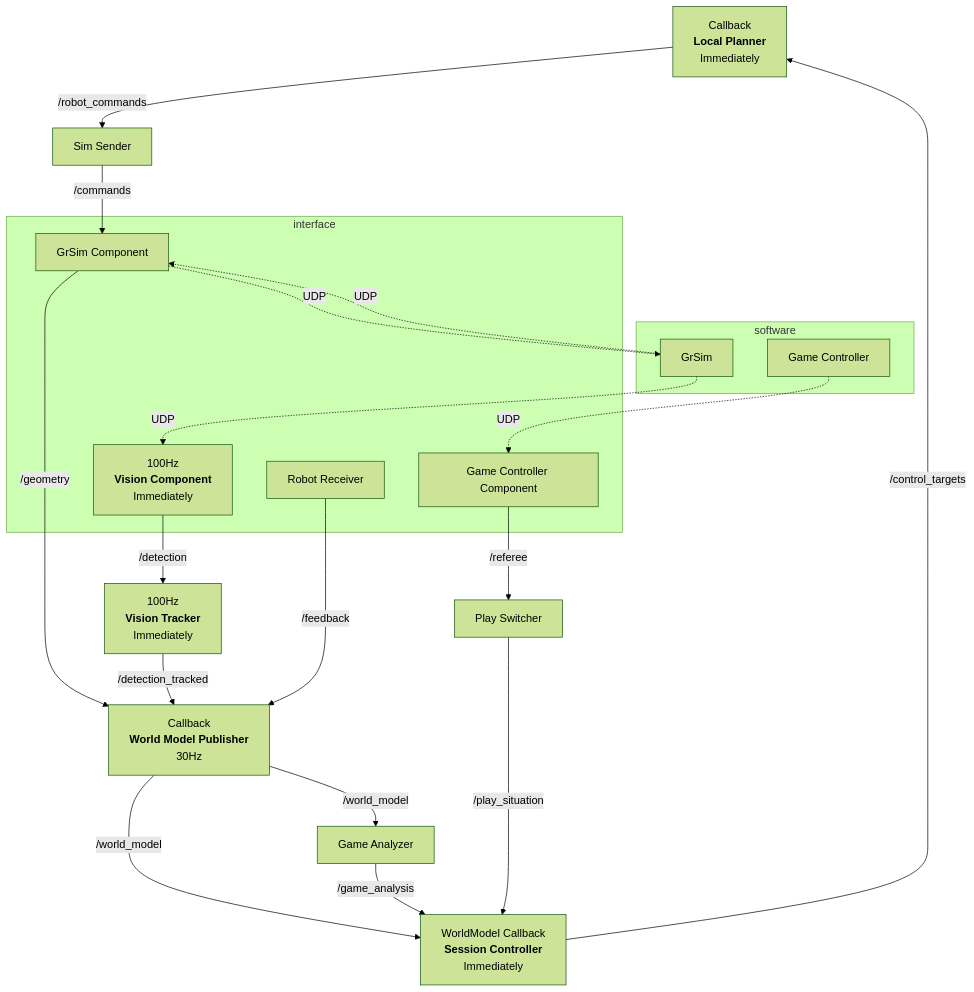
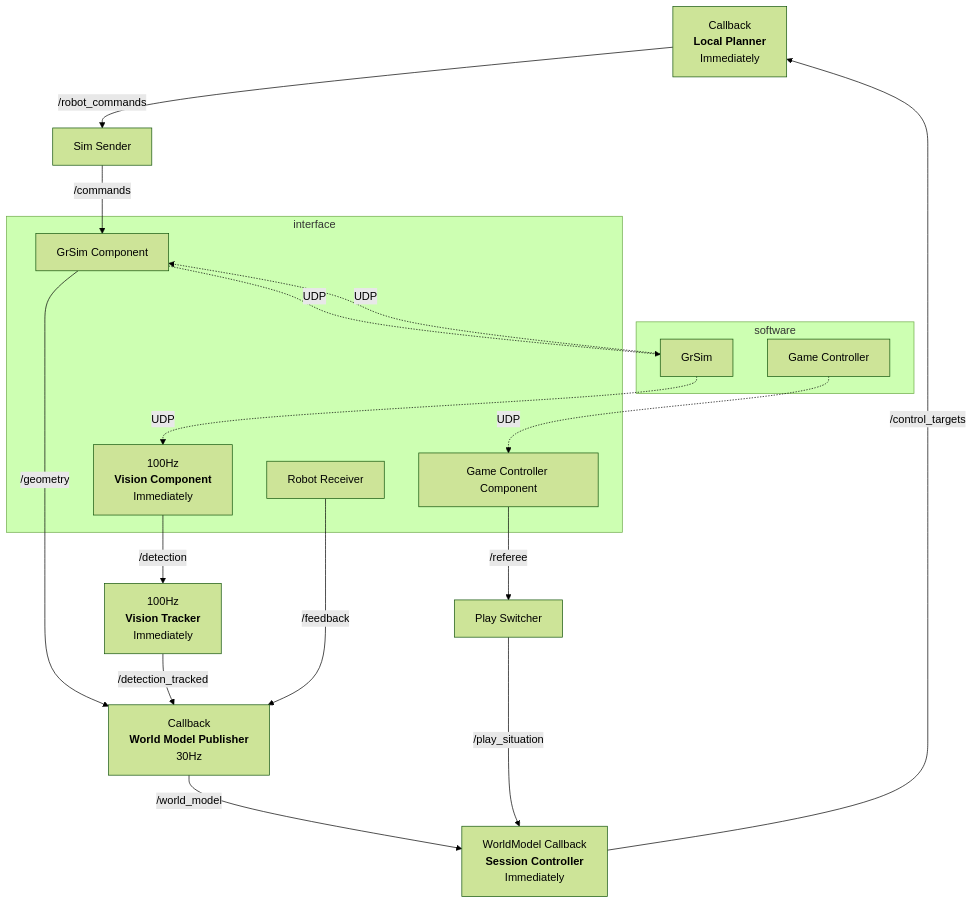
The diagram in docs/logs/laytency.md (ibis-ssl/crane), drawn with Mermaid (forest theme) before and after one commit. The commit also changed 4 other files, not shown here.

````diff
--- a/docs/logs/laytency.md
+++ b/docs/logs/laytency.md
@@ -9,59 +9,55 @@
 ```mermaid
 graph TD
     LP["`Callback
     **Local Planner**
     Immediately`"]
     PS[Play Switcher]
-    GA[Game Analyzer]
 
     subgraph interface
         VC["`100Hz
         **Vision Component**
         Immediately`"]
         GrC[GrSim Component]
         GCC[Game Controller Component]
         Receiver[Robot Receiver]
     end
 
     SC["`WorldModel Callback
     **Session Controller**
     Immediately`"]
     SS[Sim Sender]
 
     VT["`100Hz
         **Vision Tracker**
         Immediately`"]
     WP["`Callback
         **World Model Publisher**
         30Hz`"]
 
     subgraph software
         GrSim[GrSim]
         GC[Game Controller]
     end
 
     WP -- /world_model -->  SC
-    WP -- /world_model -->  GA
-    GA -- /game_analysis -->  SC
-
 
     GrC -. UDP .->  GrSim
 
     GrSim -. UDP .->  GrC
     GrC -- /geometry -->  WP
 
     GrSim -. UDP .->  VC
 
 
     VC -- /detection -->  VT
     VT -- /detection_tracked -->  WP
 
     GC -. UDP .->  GCC
     GCC -- /referee -->  PS
     PS -- /play_situation --> SC
     SC -- /control_targets --> LP
     LP -- /robot_commands -->  SS
     SS -- /commands -->  GrC
 
     Receiver -- /feedback -->  WP
 ```
````
